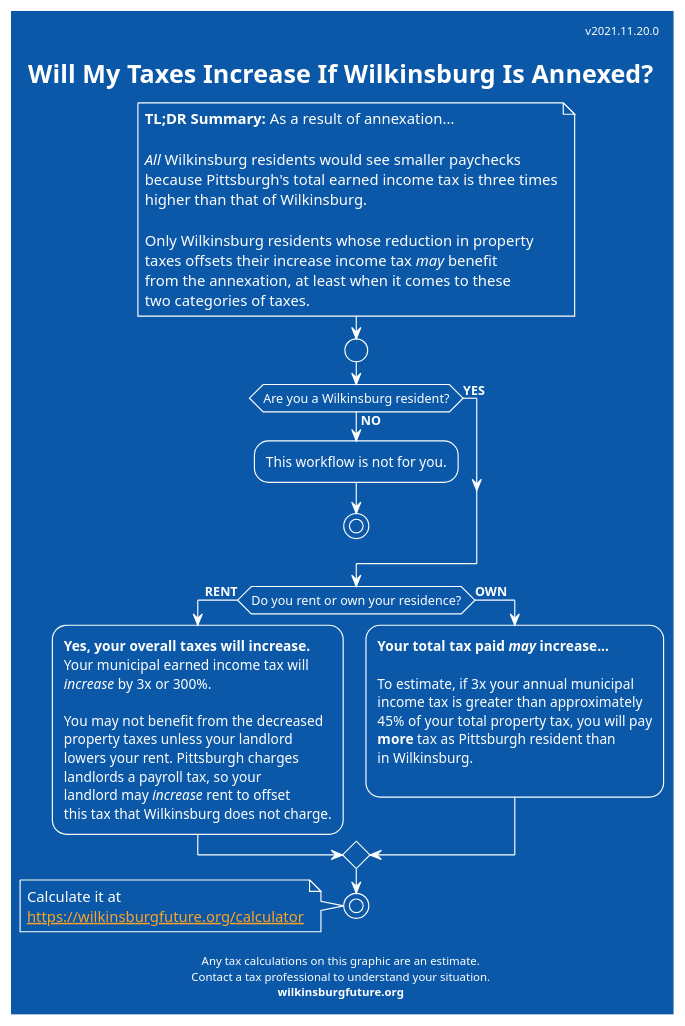
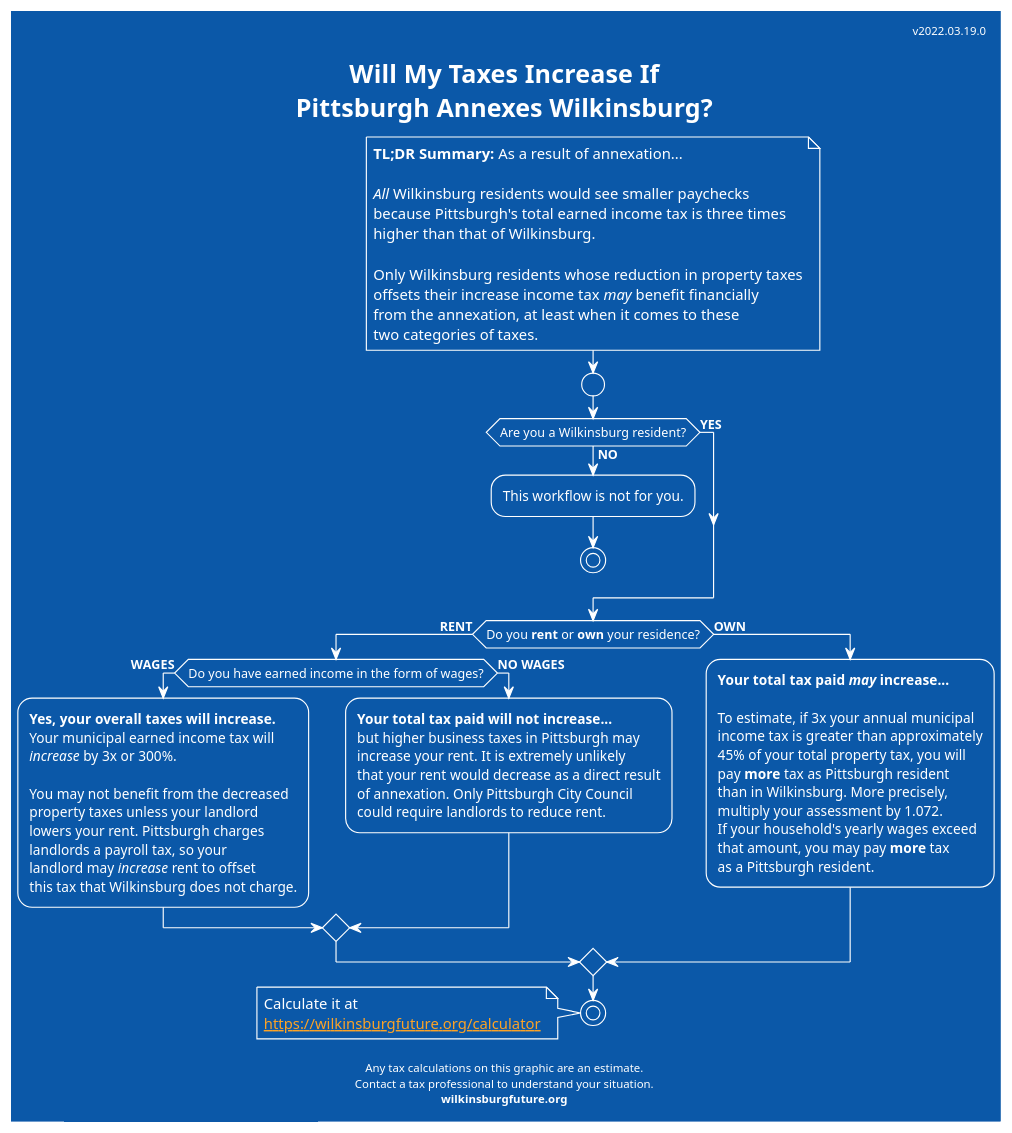
One commit to colindean/wilkinsburg_pittsburgh_merger_analysis changed the diagram in short_workflow.puml. Above: the diagram before and after it, drawn with PlantUML.

Commit message:
Updates short workflow diagram

```diff
--- a/short_workflow.puml
+++ b/short_workflow.puml
@@ -1,68 +1,80 @@
 @startuml
 ' Best renderer online: https://planttext.com/
 ' Or use plantuml locally
 
 !theme amiga
 
-title Will My Taxes Increase If Wilkinsburg Is Annexed?
-header v2021.11.20.0
+title Will My Taxes Increase If\nPittsburgh Annexes Wilkinsburg?
+header v2022.03.19.0
 footer
 
 Any tax calculations on this graphic are an estimate.
 Contact a tax professional to understand your situation.
 **wilkinsburgfuture.org**
 end footer
 
 note
 **TL;DR Summary:** As a result of annexation...
 
 //All// Wilkinsburg residents would see smaller paychecks
 because Pittsburgh's total earned income tax is three times
 higher than that of Wilkinsburg.
 
-Only Wilkinsburg residents whose reduction in property
-taxes offsets their increase income tax //may// benefit
+Only Wilkinsburg residents whose reduction in property taxes
+offsets their increase income tax //may// benefit financially
 from the annexation, at least when it comes to these
 two categories of taxes.
 end note
 
 start
 
 if (Are you a Wilkinsburg resident?) then (**YES**)
 
 else (**NO**)
   :This workflow is not for you.;
   stop
 endif
 
-if (Do you rent or own your residence?) then (**RENT**)
+if (Do you **rent** or **own** your residence?) then (**RENT**)
+  if (Do you have earned income in the form of wages?) then (**WAGES**)
   :**Yes, your overall taxes will increase.**
 Your municipal earned income tax will
 //increase// by 3x or 300%.
 
 You may not benefit from the decreased
 property taxes unless your landlord
 lowers your rent. Pittsburgh charges
 landlords a payroll tax, so your
 landlord may //increase// rent to offset
 this tax that Wilkinsburg does not charge.;
+  else (**NO WAGES**)
+    :**Your total tax paid will not increase...**
+but higher business taxes in Pittsburgh may
+increase your rent. It is extremely unlikely
+that your rent would decrease as a direct result
+of annexation. Only Pittsburgh City Council
+could require landlords to reduce rent.;
+  endif
 
 else (**OWN**)
   :**Your total tax paid //may// increase...**
 
 To estimate, if 3x your annual municipal
 income tax is greater than approximately
-45% of your total property tax, you will pay
-**more** tax as Pittsburgh resident than
-in Wilkinsburg.
-  ;
+45% of your total property tax, you will
+pay **more** tax as Pittsburgh resident
+than in Wilkinsburg. More precisely,
+multiply your assessment by 1.072.
+If your household's yearly wages exceed
+that amount, you may pay **more** tax
+as a Pittsburgh resident.;
 endif
 
 stop
 
 note
   Calculate it at
   [[https://wilkinsburgfuture.org/calculator]]
 end note
 
 @enduml
```
